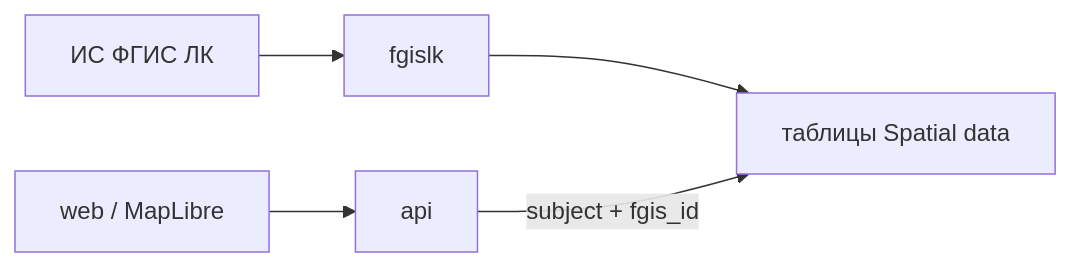
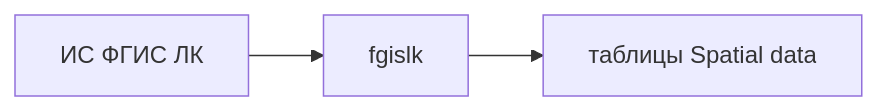
The diagram in spatialData/CONTEXT.md (AversIgor/dbms), drawn with Mermaid before and after one commit. The commit also changed other lines of this file and 34 other files, not shown here.

First line of the commit message:
Собрали рабочий контур оператора вместо заготовок api/web.

````diff
--- a/spatialData/CONTEXT.md
+++ b/spatialData/CONTEXT.md
@@ -53,12 +53,8 @@
 ```mermaid
 flowchart LR
   Fgis["ИС ФГИС ЛК"]
   FgislkApp["fgislk"]
   PG["таблицы Spatial data"]
-  Web["web / MapLibre"]
-  Api["api"]
   Fgis --> FgislkApp
   FgislkApp --> PG
-  Web --> Api
-  Api -->|"subject + fgis_id"| PG
 ```
````
